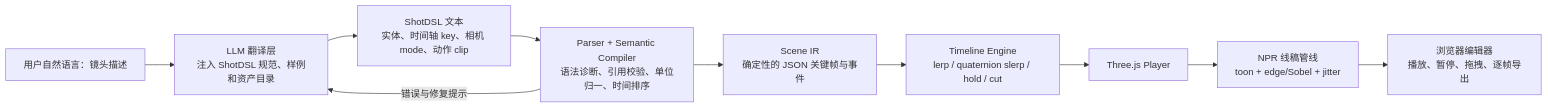
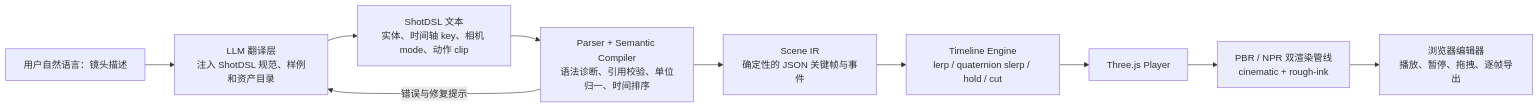
Before and after one commit to workingmin/shot-dsl: the diagram in README.md, drawn with Mermaid. The commit also changed other lines of this file and 15 other files, not shown here.

````diff
--- a/README.md
+++ b/README.md
@@ -79,12 +86,12 @@
 ```mermaid
 flowchart LR
     A[用户自然语言：镜头描述] --> B[LLM 翻译层<br/>注入 ShotDSL 规范、样例和资产目录]
     B --> C[ShotDSL 文本<br/>实体、时间轴 key、相机 mode、动作 clip]
     C --> D[Parser + Semantic Compiler<br/>语法诊断、引用校验、单位归一、时间排序]
     D --> E[Scene IR<br/>确定性的 JSON 关键帧与事件]
     E --> F[Timeline Engine<br/>lerp / quaternion slerp / hold / cut]
     F --> G[Three.js Player]
-    G --> H[NPR 线稿管线<br/>toon + edge/Sobel + jitter]
+    G --> H[PBR / NPR 双渲染管线<br/>cinematic + rough-ink]
     H --> I[浏览器编辑器<br/>播放、暂停、拖拽、逐帧导出]
     D -->|错误与修复提示| B
 ```
````
